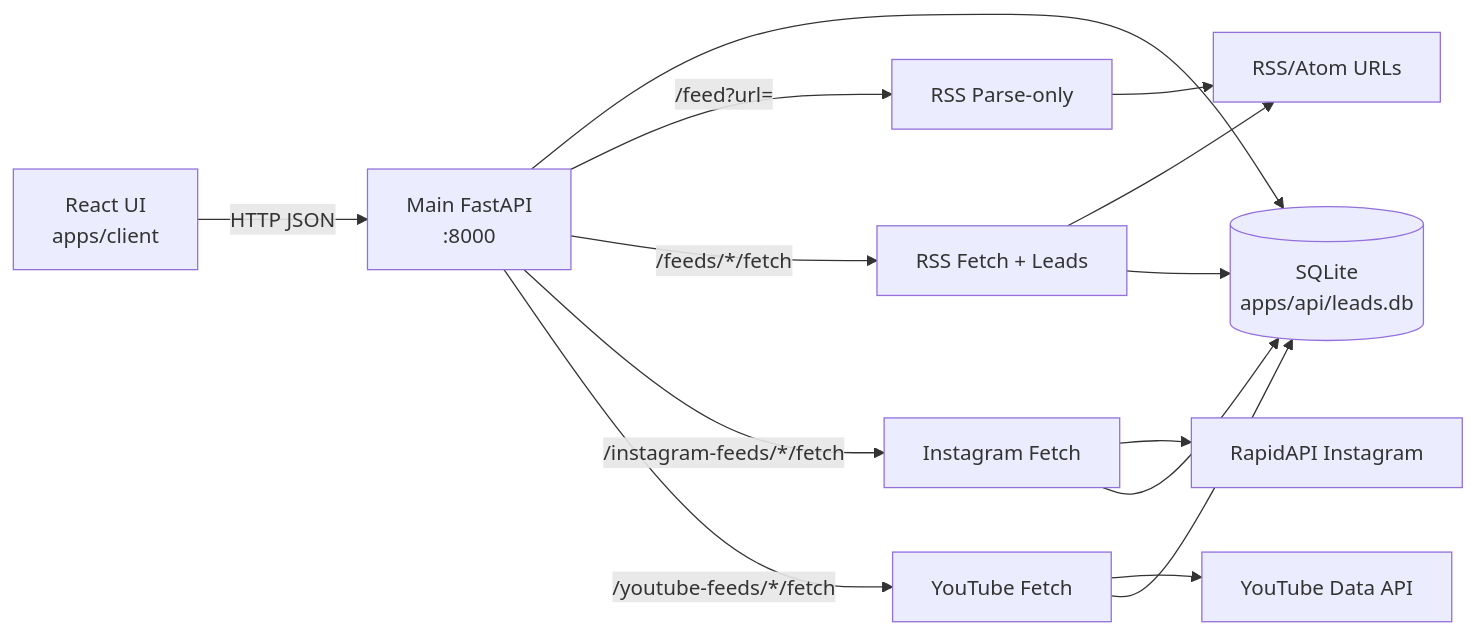
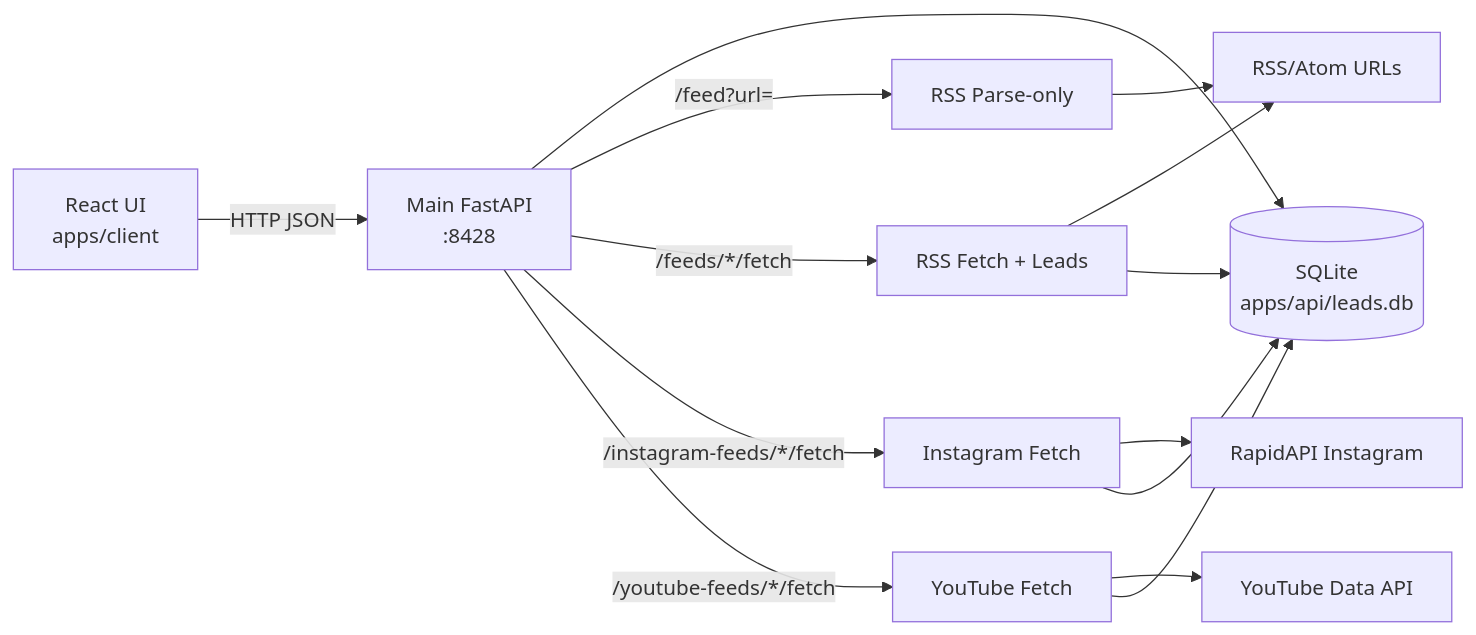
Before and after one commit to alantothe/leads: the diagram in docs/data-flow.md, drawn with Mermaid. The commit also changed other lines of this file and 21 other files, not shown here.

````diff
--- a/docs/data-flow.md
+++ b/docs/data-flow.md
@@ -8,20 +8,20 @@
 ```mermaid
 flowchart LR
-  UI[React UI<br/>apps/client] -->|HTTP JSON| API[Main FastAPI<br/>:8000]
+  UI[React UI<br/>apps/client] -->|HTTP JSON| API[Main FastAPI<br/>:8428]
   API --> DB[(SQLite<br/>apps/api/leads.db)]
 
   API -->|/feed?url=| FeedParse[RSS Parse-only]
   FeedParse --> RSS[RSS/Atom URLs]
 
   API -->|/feeds/*/fetch| FeedFetch[RSS Fetch + Leads]
   FeedFetch --> RSS
   FeedFetch --> DB
 
   API -->|/instagram-feeds/*/fetch| InstaFetch[Instagram Fetch]
   InstaFetch --> RapidAPI[RapidAPI Instagram]
   InstaFetch --> DB
 
   API -->|/youtube-feeds/*/fetch| YouTubeFetch[YouTube Fetch]
   YouTubeFetch --> YouTubeAPI[YouTube Data API]
   YouTubeFetch --> DB
 ```
````
